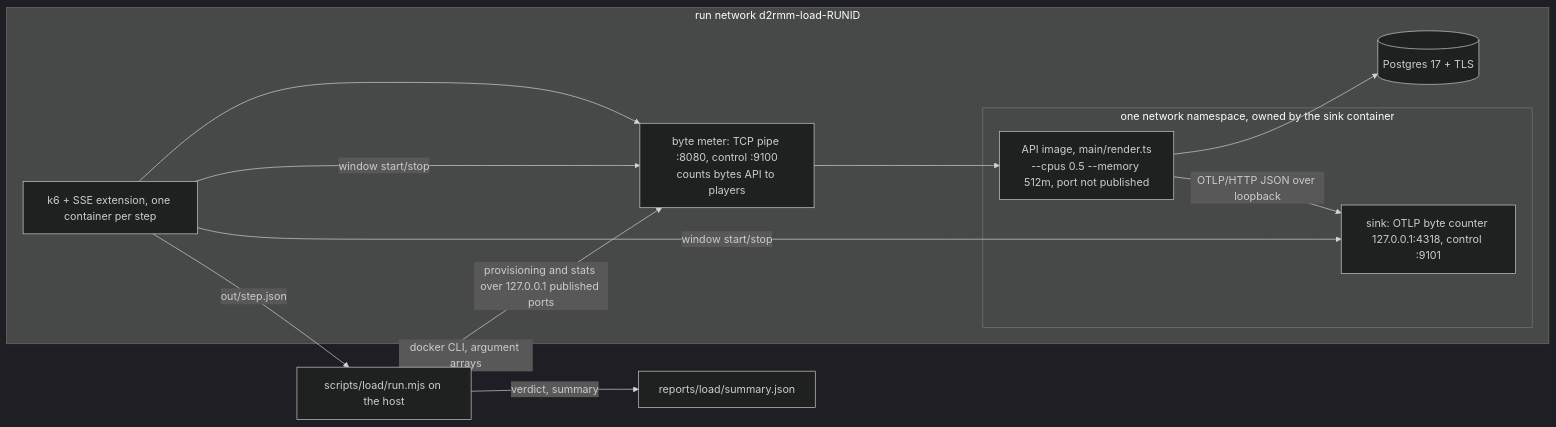
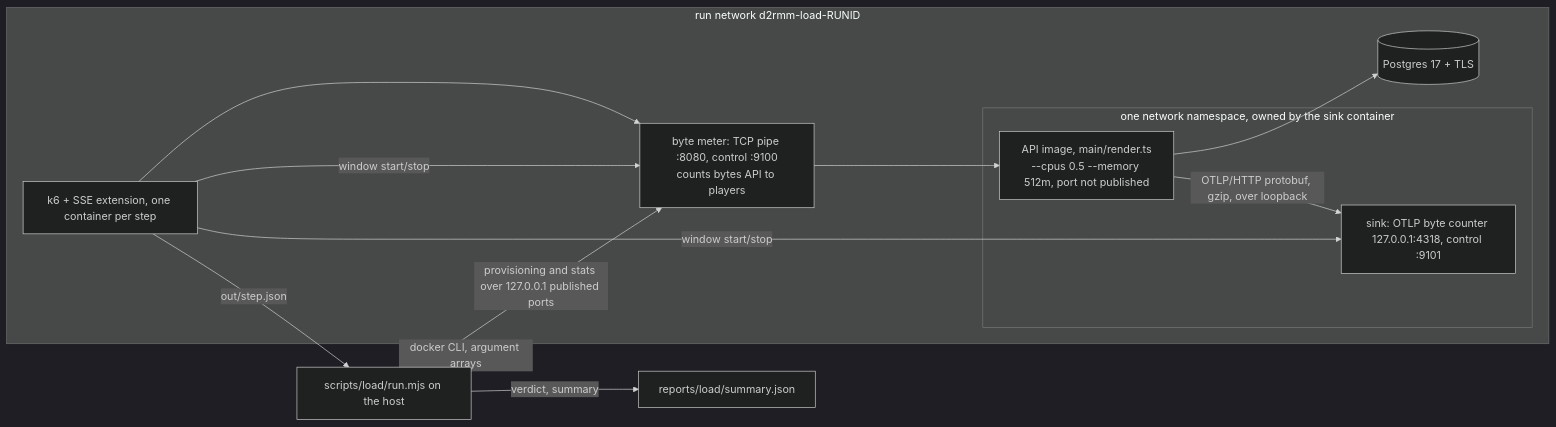
Before and after one commit to pedromoraisf/d2rmatchmaking: the first of 2 diagrams in .specs/features/load-baseline/design.md, drawn with Mermaid (dark theme). The commit also changed 9 other files, not shown here.

First line of the commit message:
feat(telemetry): export OTLP as gzip protobuf from the API

````diff
--- a/.specs/features/load-baseline/design.md
+++ b/.specs/features/load-baseline/design.md
@@ -20,22 +20,22 @@
 ```mermaid
 flowchart LR
   subgraph net[run network d2rmm-load-RUNID]
     PG[(Postgres 17 + TLS)]
     subgraph ns[one network namespace, owned by the sink container]
       SINK[sink: OTLP byte counter 127.0.0.1:4318, control :9101]
       API[API image, main/render.ts<br/>--cpus 0.5 --memory 512m, port not published]
     end
     METER[byte meter: TCP pipe :8080, control :9100<br/>counts bytes API to players]
     K6[k6 + SSE extension, one container per step]
   end
   ORCH[scripts/load/run.mjs on the host]
   ORCH -- docker CLI, argument arrays --> net
   ORCH -- provisioning and stats over 127.0.0.1 published ports --> METER
   K6 --> METER --> API
   K6 -- window start/stop --> METER
   K6 -- window start/stop --> SINK
   API --> PG
-  API -- OTLP/HTTP JSON over loopback --> SINK
+  API -- OTLP/HTTP protobuf, gzip, over loopback --> SINK
   K6 -- out/step.json --> ORCH
   ORCH -- verdict, summary --> OUT[reports/load/summary.json]
 ```
````
